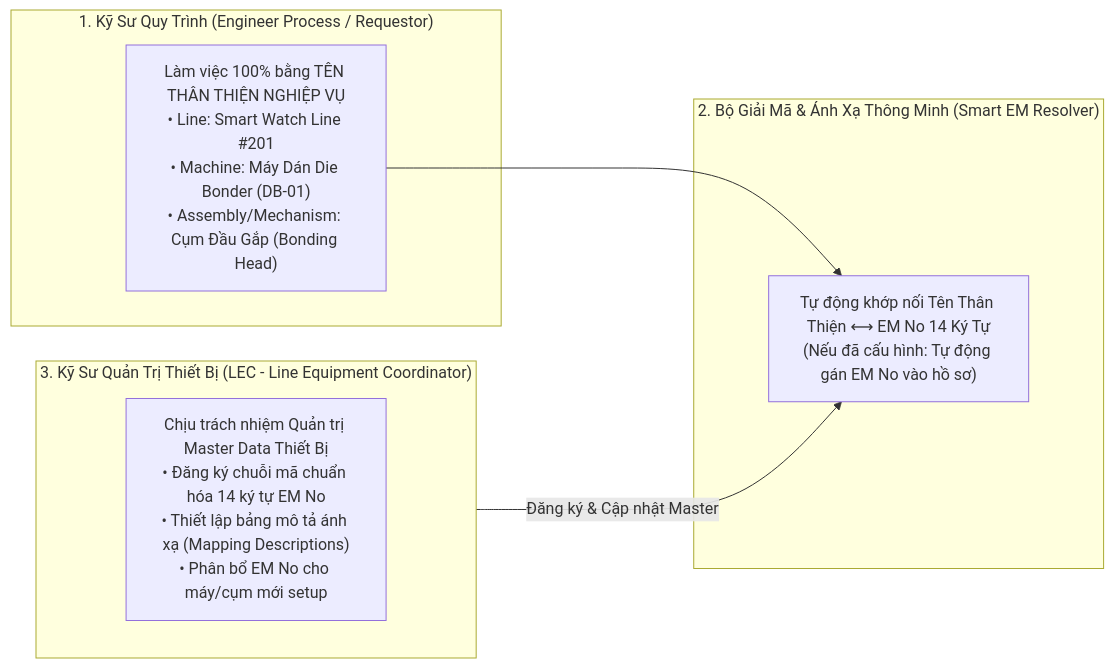
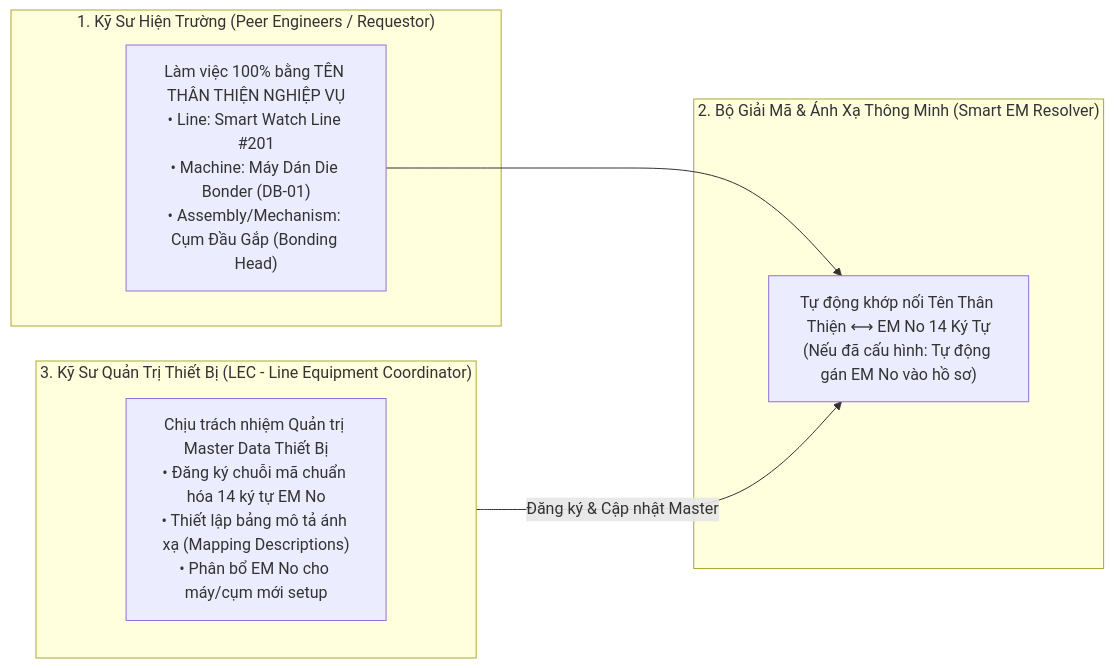
The first of 2 diagrams in procurement-system/01-master-data-and-ebom/02-ebom-structure-and-equipment-tree.md (longphamduc-vn/ops-workflow), drawn with Mermaid before and after one commit. The commit also changed other lines of this file and 37 other files, not shown here.

````diff
--- a/procurement-system/01-master-data-and-ebom/02-ebom-structure-and-equipment-tree.md
+++ b/procurement-system/01-master-data-and-ebom/02-ebom-structure-and-equipment-tree.md
@@ -10,17 +10,17 @@
 ```mermaid
 flowchart LR
-    subgraph RequestorRole["1. Kỹ Sư Quy Trình (Engineer Process / Requestor)"]
+    subgraph RequestorRole["1. Kỹ Sư Hiện Trường (Peer Engineers / Requestor)"]
         REQ_UI["Làm việc 100% bằng TÊN THÂN THIỆN NGHIỆP VỤ\n• Line: Smart Watch Line #201\n• Machine: Máy Dán Die Bonder (DB-01)\n• Assembly/Mechanism: Cụm Đầu Gắp (Bonding Head)"]
     end
 
     subgraph SystemLookup["2. Bộ Giải Mã & Ánh Xạ Thông Minh (Smart EM Resolver)"]
         RESOLVE["Tự động khớp nối Tên Thân Thiện ⟷ EM No 14 Ký Tự\n(Nếu đã cấu hình: Tự động gán EM No vào hồ sơ)"]
     end
 
     subgraph LECRole["3. Kỹ Sư Quản Trị Thiết Bị (LEC - Line Equipment Coordinator)"]
         LEC_UI["Chịu trách nhiệm Quản trị Master Data Thiết Bị\n• Đăng ký chuỗi mã chuẩn hóa 14 ký tự EM No\n• Thiết lập bảng mô tả ánh xạ (Mapping Descriptions)\n• Phân bổ EM No cho máy/cụm mới setup"]
     end
 
     REQ_UI --> RESOLVE
     LECRole -->|Đăng ký & Cập nhật Master| RESOLVE
 ```
````
